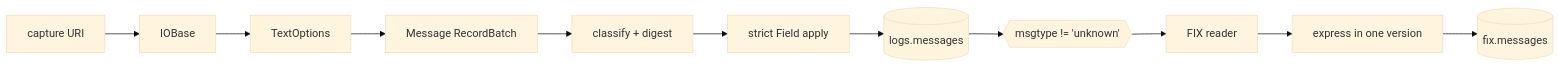
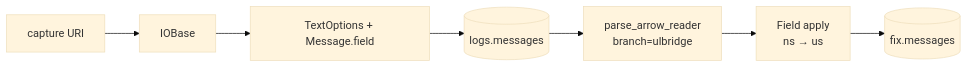
Before and after one commit to Platob/yggfin: the first of 2 diagrams in docs/pipeline/index.md, drawn with Mermaid (base theme). The commit also changed other lines of this file and 46 other files, not shown here.

Commit message:
Integrate native ULBridge text and FIX pipeline

````diff
--- a/docs/pipeline/index.md
+++ b/docs/pipeline/index.md
@@ -5,13 +5,9 @@
 ```mermaid
 flowchart LR
-    U["capture URI"] --> I[IOBase]
-    I --> T[TextOptions]
-    T --> M["Message RecordBatch"]
-    M --> K["classify + digest"]
-    K --> C["strict Field apply"]
-    C --> D[("logs.messages")]
-    D --> Q{{"msgtype != 'unknown'"}}
-    Q --> F["FIX reader"]
-    F --> S["express in one version"]
-    S --> P[("fix.messages")]
+    U["capture URI"] --> I["IOBase"]
+    I --> T["TextOptions + Message.field"]
+    T --> M[("logs.messages")]
+    M --> F["parse_arrow_reader<br/>branch=ulbridge"]
+    F --> A["Field apply<br/>ns → us"]
+    A --> X[("fix.messages")]
 ```
````
